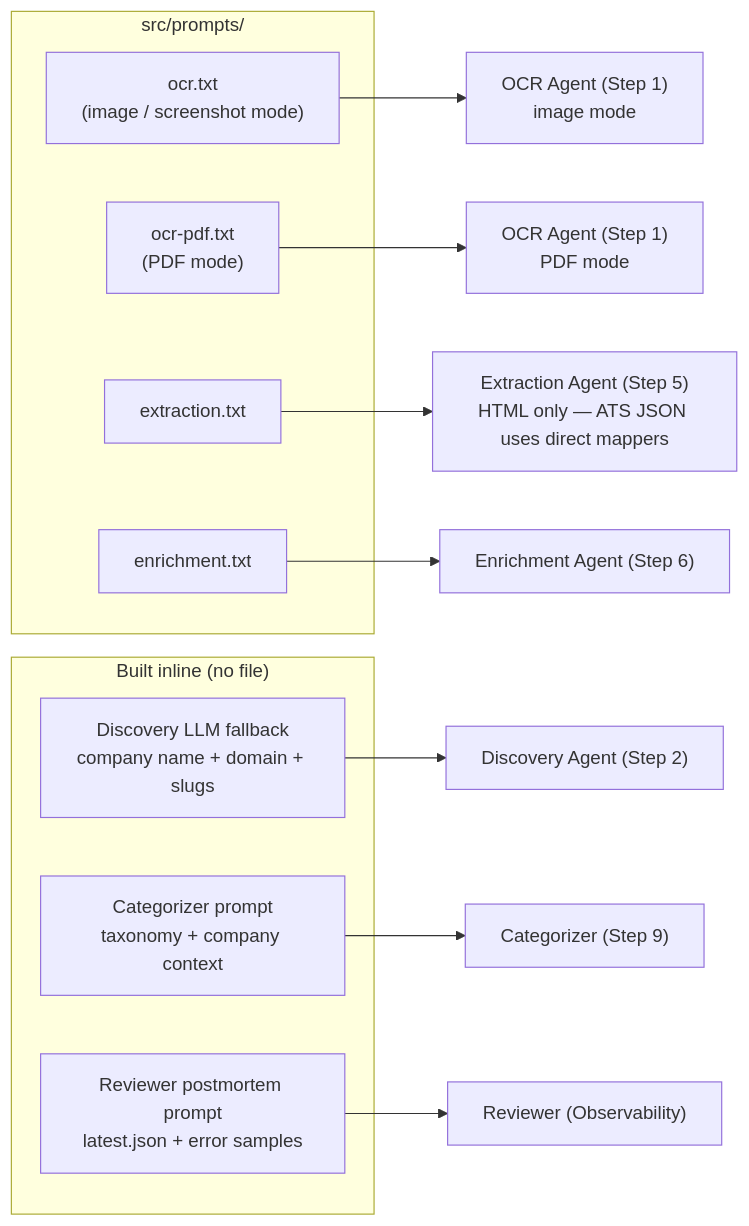
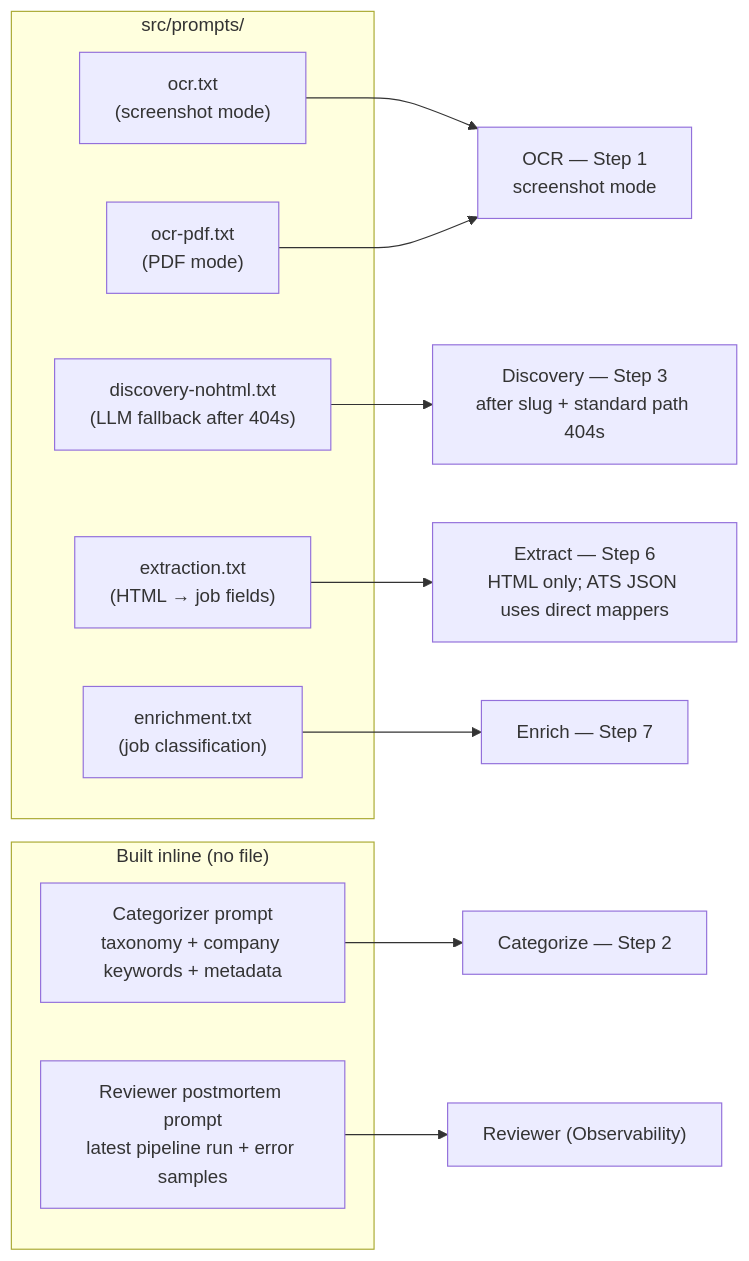
The second of 2 diagrams in README.md (walshkang/csb-job-board), drawn with Mermaid before and after one commit. The commit also changed other lines of this file, not shown here.

First line of the commit message:
docs: fix pipeline diagram — correct step order, numbering, and prompt locations

````diff
--- a/README.md
+++ b/README.md
@@ -261,23 +261,23 @@
 ```mermaid
 flowchart LR
     subgraph Prompts ["src/prompts/"]
-        P1["ocr.txt\n(image / screenshot mode)"]
+        P1["ocr.txt\n(screenshot mode)"]
         P2["ocr-pdf.txt\n(PDF mode)"]
-        P3["extraction.txt"]
-        P4["enrichment.txt"]
+        P3["discovery-nohtml.txt\n(LLM fallback after 404s)"]
+        P4["extraction.txt\n(HTML → job fields)"]
+        P5["enrichment.txt\n(job classification)"]
     end
 
     subgraph Inline ["Built inline (no file)"]
-        I1["Discovery LLM fallback\ncompany name + domain + slugs"]
-        I2["Categorizer prompt\ntaxonomy + company context"]
-        I3["Reviewer postmortem prompt\nlatest.json + error samples"]
+        I1["Categorizer prompt\ntaxonomy + company keywords + metadata"]
+        I2["Reviewer postmortem prompt\nlatest pipeline run + error samples"]
     end
 
-    P1 --> OCR["OCR Agent (Step 1)\nimage mode"]
-    P2 --> OCR2["OCR Agent (Step 1)\nPDF mode"]
-    P3 --> EXT["Extraction Agent (Step 5)\nHTML only — ATS JSON uses direct mappers"]
-    P4 --> ENR["Enrichment Agent (Step 6)"]
-    I1 --> DISC["Discovery Agent (Step 2)"]
-    I2 --> CAT["Categorizer (Step 9)"]
-    I3 --> REV["Reviewer (Observability)"]
+    P1 --> OCR["OCR — Step 1\nscreenshot mode"]
+    P2 --> OCR
+    P3 --> DISC["Discovery — Step 3\nafter slug + standard path 404s"]
+    P4 --> EXT["Extract — Step 6\nHTML only; ATS JSON uses direct mappers"]
+    P5 --> ENR["Enrich — Step 7"]
+    I1 --> CAT["Categorize — Step 2"]
+    I2 --> REV["Reviewer (Observability)"]
 ```
````
